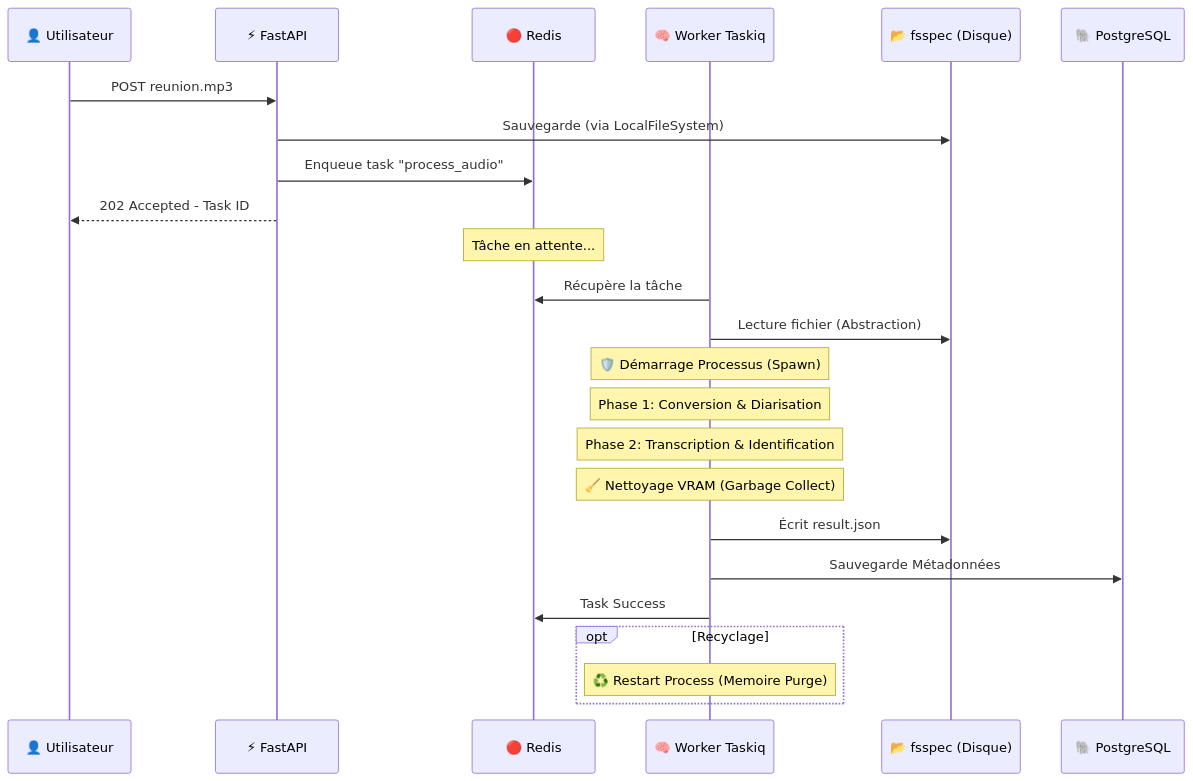
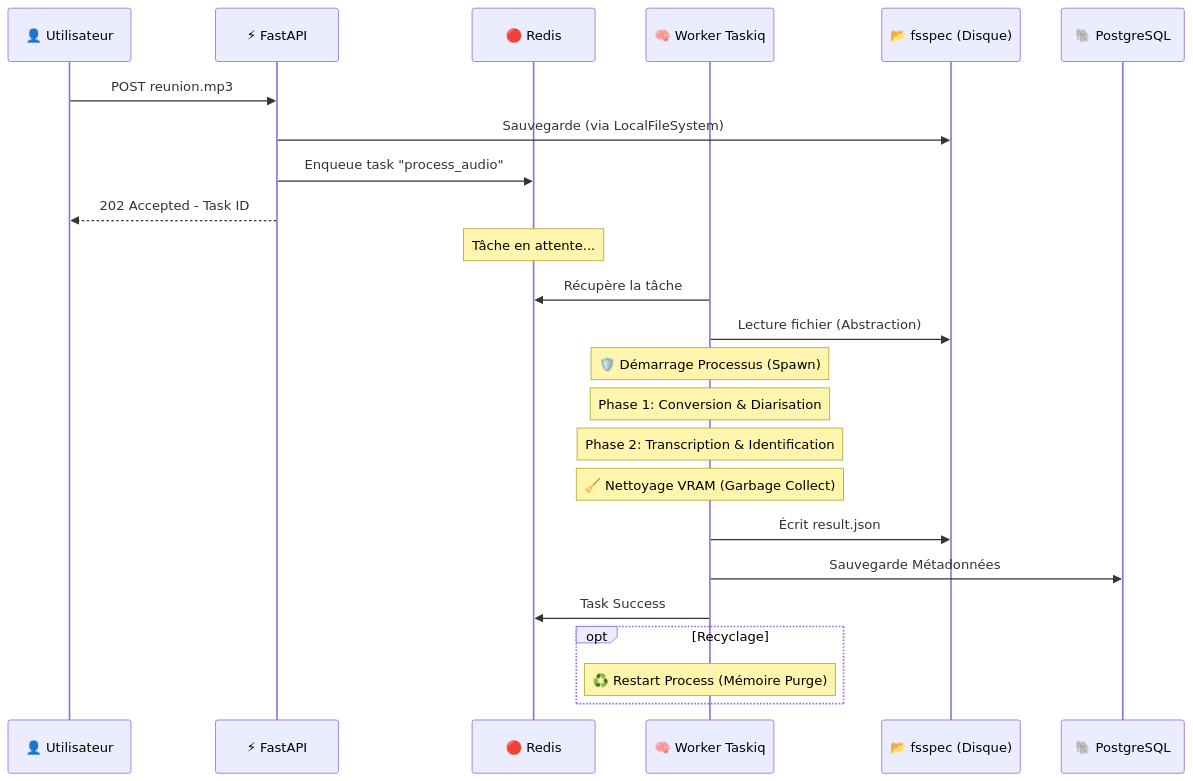
The first of 2 diagrams in backend-python/ARCHITECTURE.md (emmanuel-cabassot/smart-meeting-scribe), drawn with Mermaid before and after one commit. The commit also changed other lines of this file, not shown here.

````diff
--- a/backend-python/ARCHITECTURE.md
+++ b/backend-python/ARCHITECTURE.md
@@ -71,32 +69,32 @@
 ```mermaid
 sequenceDiagram
     participant User as 👤 Utilisateur
     participant API as ⚡ FastAPI
     participant Redis as 🔴 Redis
     participant Worker as 🧠 Worker Taskiq
     participant FS as 📂 fsspec (Disque)
     participant DB as 🐘 PostgreSQL
 
     User->>API: POST reunion.mp3
     API->>FS: Sauvegarde (via LocalFileSystem)
     API->>Redis: Enqueue task "process_audio"
     API-->>User: 202 Accepted - Task ID
     
     Note over Redis: Tâche en attente...
     
     Worker->>Redis: Récupère la tâche
     Worker->>FS: Lecture fichier (Abstraction)
     
     Note over Worker: 🛡️ Démarrage Processus (Spawn)
     Note over Worker: Phase 1: Conversion & Diarisation
     Note over Worker: Phase 2: Transcription & Identification
     Note over Worker: 🧹 Nettoyage VRAM (Garbage Collect)
     
     Worker->>FS: Écrit result.json
     Worker->>DB: Sauvegarde Métadonnées
     Worker->>Redis: Task Success
     
     opt Recyclage
-        Note over Worker: ♻️ Restart Process (Memoire Purge)
+        Note over Worker: ♻️ Restart Process (Mémoire Purge)
     end
 ```
````
